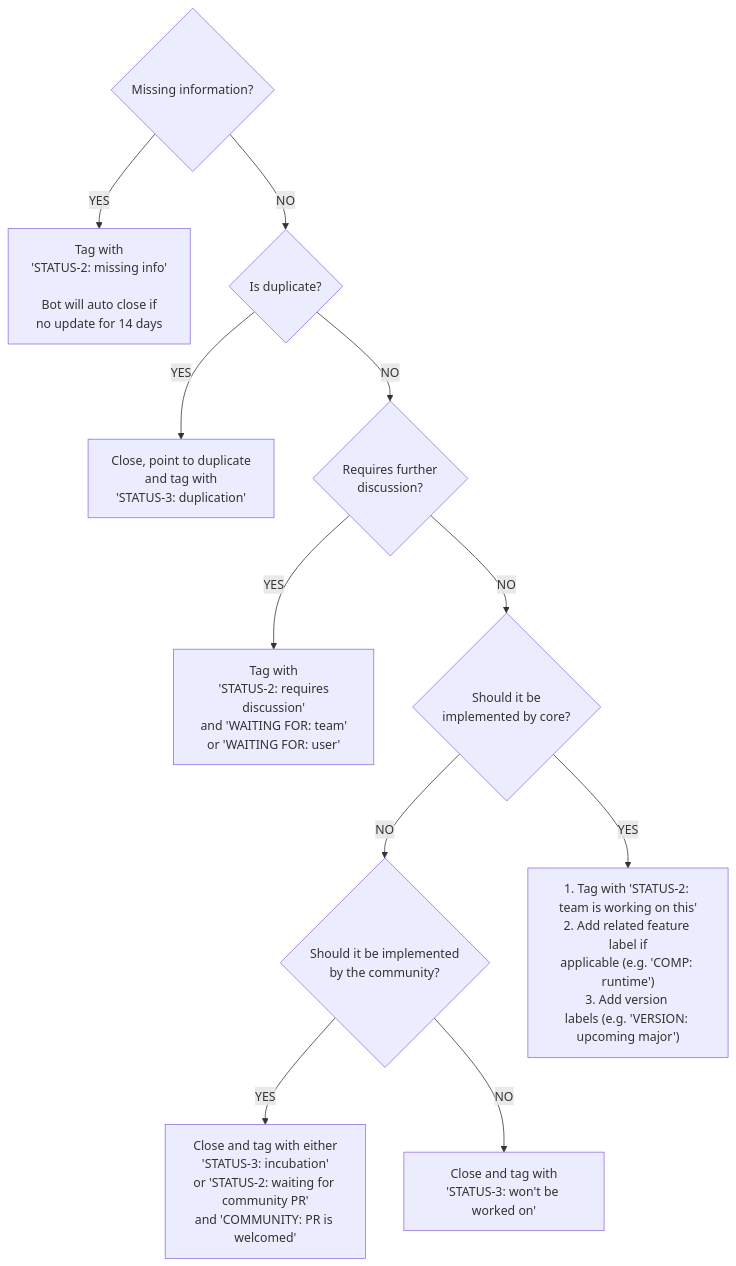
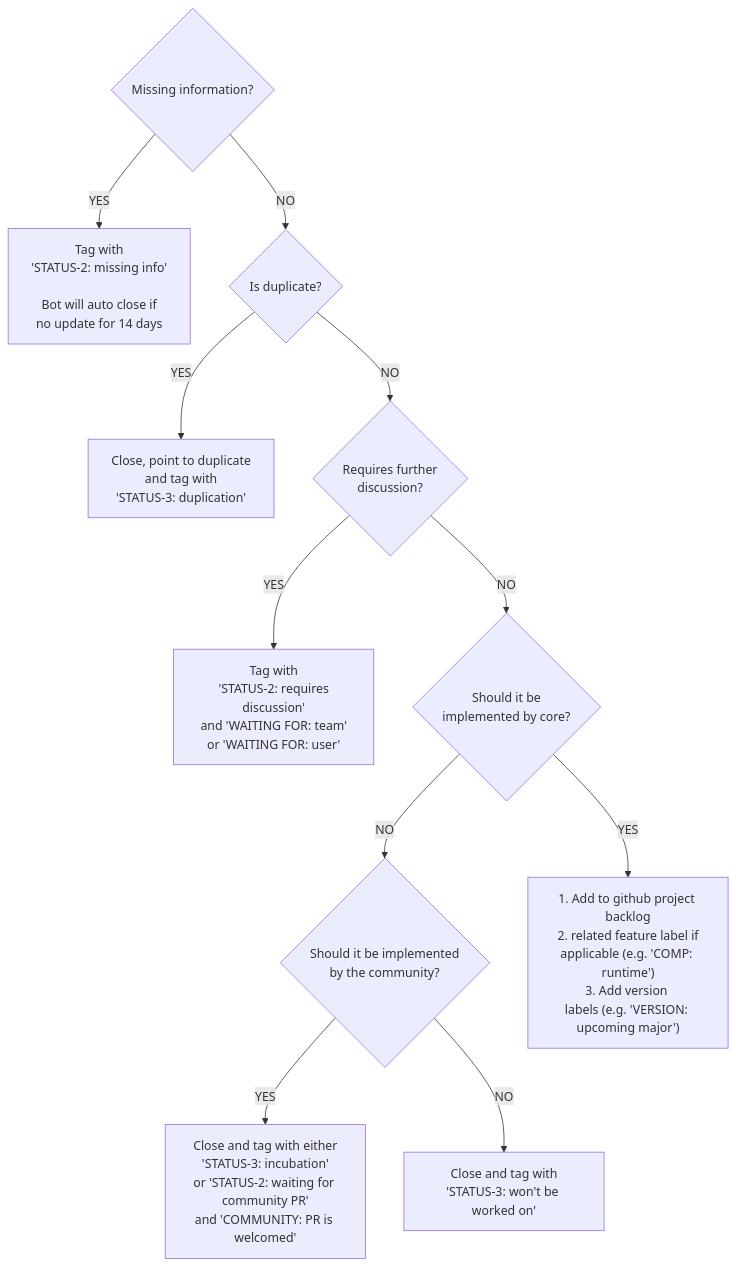
One commit to QwikDev/qwik changed the second of 2 diagrams in contributing/TRIAGE.md. Above: the diagram before and after it, drawn with Mermaid. The commit also changed other lines of this file, not shown here.

````diff
--- a/contributing/TRIAGE.md
+++ b/contributing/TRIAGE.md
@@ -67,14 +67,14 @@
 ```mermaid
 flowchart TD
     start{Missing information?}
     start --YES--> close1[Tag with\n'STATUS-2: missing info'\n\nBot will auto close if\n no update for 14 days]
     start --NO--> dupe{Is duplicate?}
     dupe --YES--> close2[Close, point to duplicate\n and tag with\n'STATUS-3: duplication']
     dupe --NO--> discussion{Requires further\ndiscussion?}
     discussion --YES--> close3[Tag with\n 'STATUS-2: requires discussion'\nand 'WAITING FOR: team'\nor 'WAITING FOR: user']
     discussion --NO--> implement{Should it be\nimplemented by core?}
     implement --NO--> community{Should it be implemented\nby the community?}
     community --YES--> incubate[Close and tag with either\n'STATUS-3: incubation'\nor 'STATUS-2: waiting for community PR'\nand 'COMMUNITY: PR is welcomed']
     community --NO--> wontfix[Close and tag with\n'STATUS-3: won't be worked on']
-    implement --YES--> doimplement["1. Tag with 'STATUS-2: team is working on this'\n2. Add related feature label if\napplicable (e.g. 'COMP: runtime')\n3. Add version \nlabels (e.g. 'VERSION: upcoming major')"]
+    implement --YES--> doimplement["1. Add to github project backlog\n2. related feature label if\napplicable (e.g. 'COMP: runtime')\n3. Add version \nlabels (e.g. 'VERSION: upcoming major')"]
 ```
````
